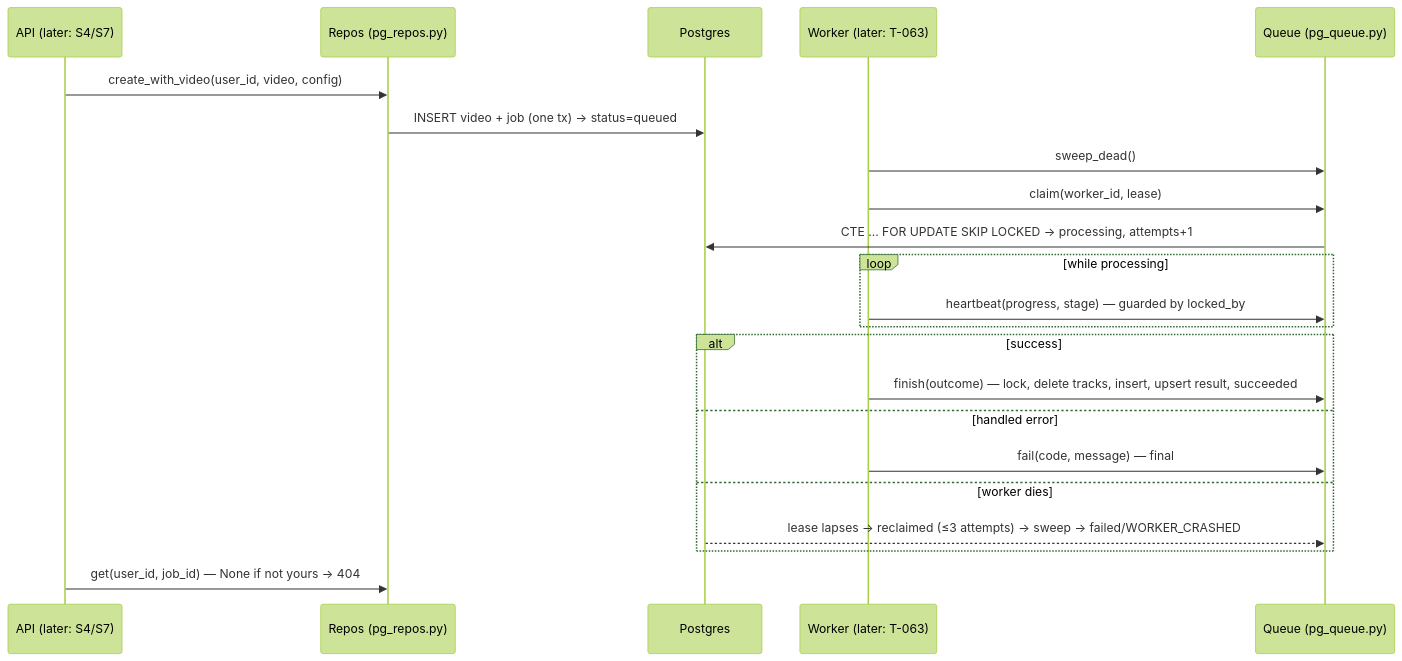
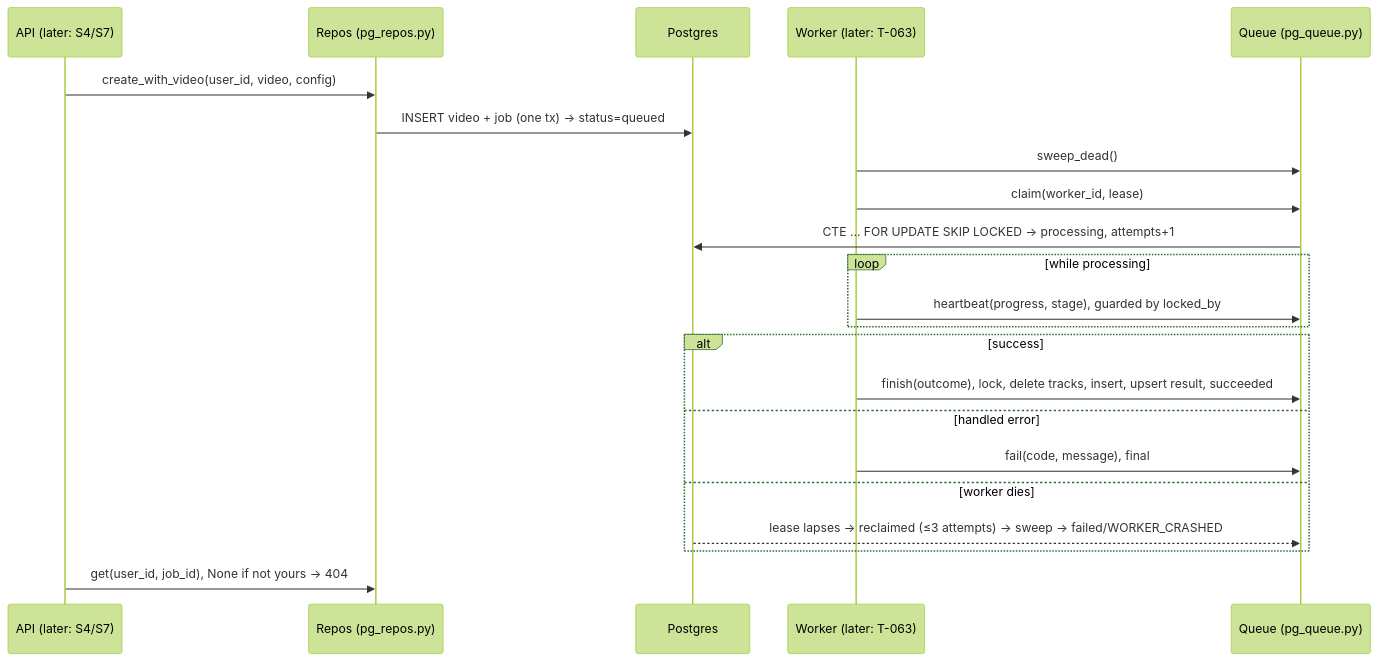
One commit to akashbhabarwork-hue/Sports-Play-Analyzer changed the diagram in docs/devlog/stages/S02-database-and-queue.md. Above: the diagram before and after it, drawn with Mermaid (forest theme). The commit also changed other lines of this file and 76 other files, not shown here.

````diff
--- a/docs/devlog/stages/S02-database-and-queue.md
+++ b/docs/devlog/stages/S02-database-and-queue.md
@@ -12,24 +12,24 @@
 ```mermaid
 sequenceDiagram
   participant API as API (later: S4/S7)
   participant R as Repos (pg_repos.py)
   participant DB as Postgres
   participant W as Worker (later: T-063)
   participant Q as Queue (pg_queue.py)
   API->>R: create_with_video(user_id, video, config)
   R->>DB: INSERT video + job (one tx) → status=queued
   W->>Q: sweep_dead()
   W->>Q: claim(worker_id, lease)
   Q->>DB: CTE … FOR UPDATE SKIP LOCKED → processing, attempts+1
   loop while processing
-    W->>Q: heartbeat(progress, stage) — guarded by locked_by
+    W->>Q: heartbeat(progress, stage), guarded by locked_by
   end
   alt success
-    W->>Q: finish(outcome) — lock, delete tracks, insert, upsert result, succeeded
+    W->>Q: finish(outcome), lock, delete tracks, insert, upsert result, succeeded
   else handled error
-    W->>Q: fail(code, message) — final
+    W->>Q: fail(code, message), final
   else worker dies
     DB-->>Q: lease lapses → reclaimed (≤3 attempts) → sweep → failed/WORKER_CRASHED
   end
-  API->>R: get(user_id, job_id) — None if not yours → 404
+  API->>R: get(user_id, job_id), None if not yours → 404
 ```
````
